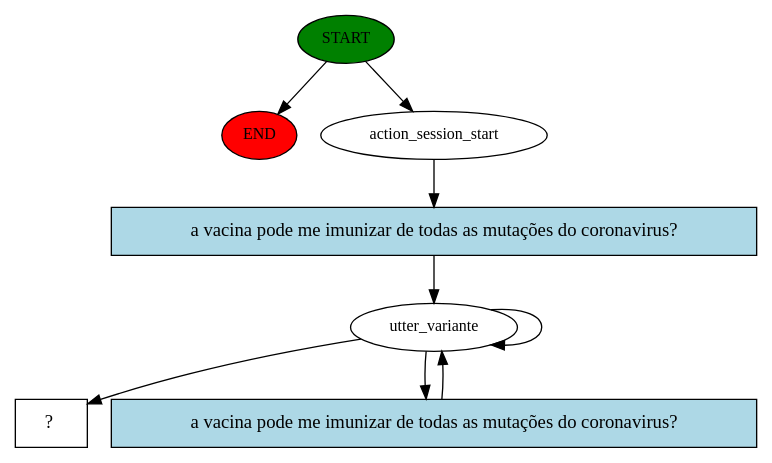
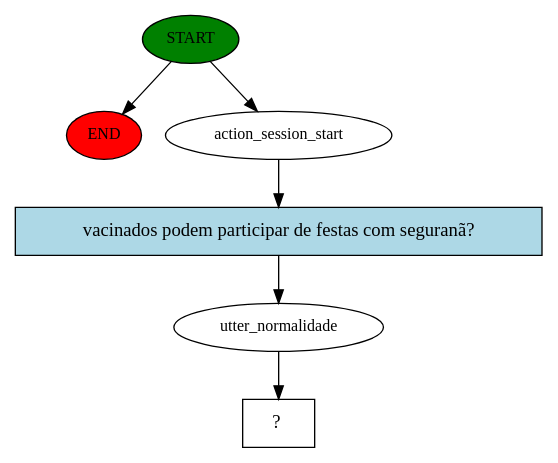
The diagram in story_graph.dot (marcelosprogrammer/projetomestradorasa), drawn with Graphviz before and after one commit. The commit also changed 9 other files, not shown here.

```diff
--- a/story_graph.dot
+++ b/story_graph.dot
@@ -1,17 +1,13 @@
 digraph  {
 0 [class="start active", fillcolor=green, fontsize=12, label=START, style=filled];
 "-1" [class=end, fillcolor=red, fontsize=12, label=END, style=filled];
 1 [class=active, fontsize=12, label=action_session_start];
-2 [class=active, fontsize=12, label=utter_variante];
-6 [class="intent dashed active", label="  ?  ", shape=rect];
-7 [class="intent active", fillcolor=lightblue, label="a vacina pode me imunizar de todas as mutações do coronavirus?", shape=rect, style=filled];
-8 [class="intent active", fillcolor=lightblue, label="a vacina pode me imunizar de todas as mutações do coronavirus?", shape=rect, style=filled];
+2 [class=active, fontsize=12, label=utter_normalidade];
+3 [class="intent dashed active", label="  ?  ", shape=rect];
+4 [class="intent active", fillcolor=lightblue, label="vacinados podem participar de festas com seguranã?", shape=rect, style=filled];
 0 -> "-1"  [class="", key=NONE, label=""];
 0 -> 1  [class=active, key=NONE, label=""];
-1 -> 7  [class=active, key=0];
-2 -> 2  [class=active, key=NONE, label=""];
-2 -> 6  [class=active, key=NONE, label=""];
-2 -> 8  [class=active, key=0];
-7 -> 2  [class=active, key=0];
-8 -> 2  [class=active, key=0];
+1 -> 4  [class=active, key=0];
+2 -> 3  [class=active, key=NONE, label=""];
+4 -> 2  [class=active, key=0];
 }
```
